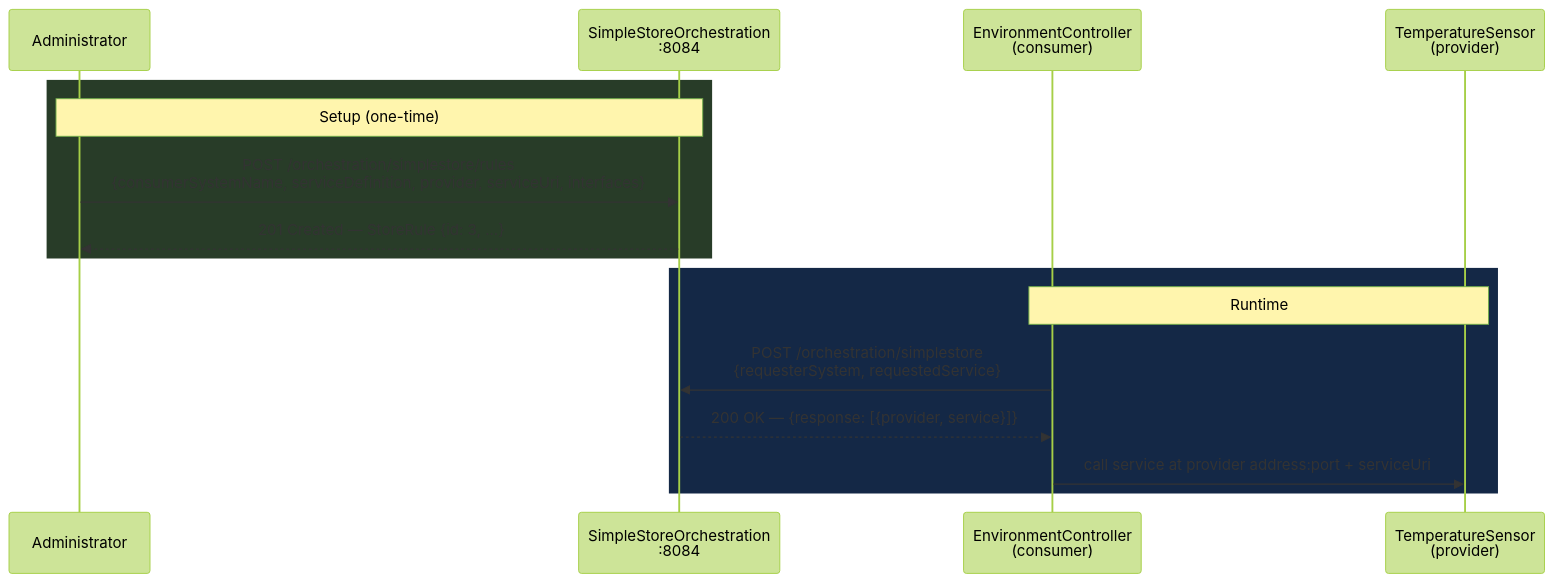
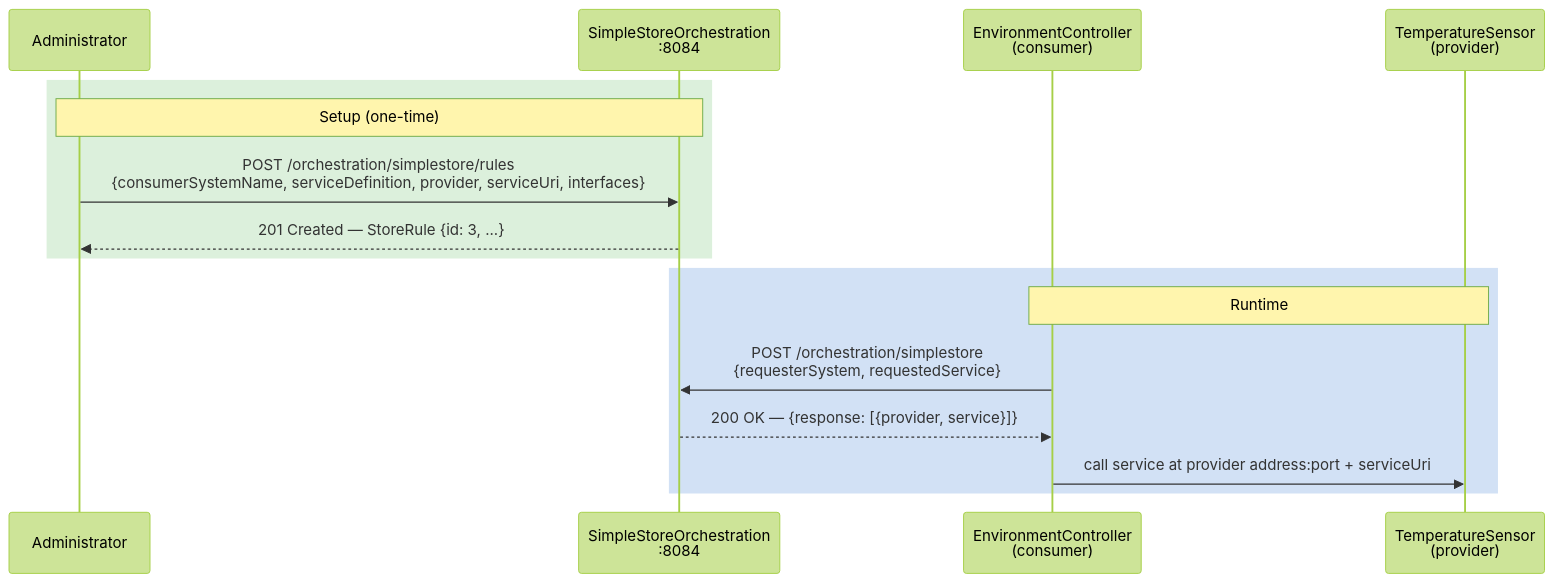
The seventh of 10 diagrams in DIAGRAMS.md (ulfbod/Arrowhead-experimental-core-systems), drawn with Mermaid (forest theme) before and after one commit. The commit also changed other lines of this file and 2 other files, not shown here.

````diff
--- a/DIAGRAMS.md
+++ b/DIAGRAMS.md
@@ -164,20 +164,20 @@
 ```mermaid
 sequenceDiagram
     participant A as Administrator
     participant SS as SimpleStoreOrchestration<br/>:8084
     participant C as EnvironmentController<br/>(consumer)
     participant P as TemperatureSensor<br/>(provider)
 
-    rect rgb(40, 60, 40)
+    rect rgb(220, 240, 220)
         note over A,SS: Setup (one-time)
         A->>SS: POST /orchestration/simplestore/rules<br/>{consumerSystemName, serviceDefinition, provider, serviceUri, interfaces}
         SS-->>A: 201 Created — StoreRule {id: 3, ...}
     end
 
-    rect rgb(20, 40, 70)
+    rect rgb(210, 225, 245)
         note over C,P: Runtime
         C->>SS: POST /orchestration/simplestore<br/>{requesterSystem, requestedService}
         SS-->>C: 200 OK — {response: [{provider, service}]}
         C->>P: call service at provider address:port + serviceUri
     end
 ```
````
